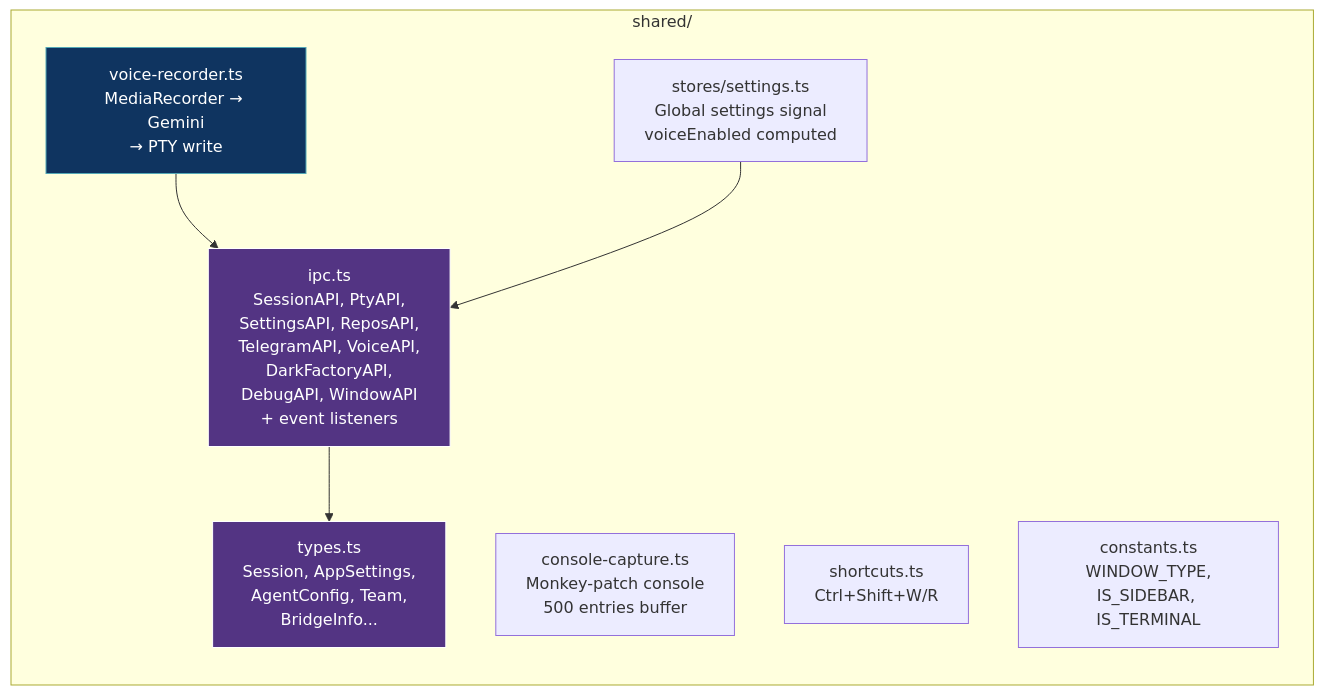
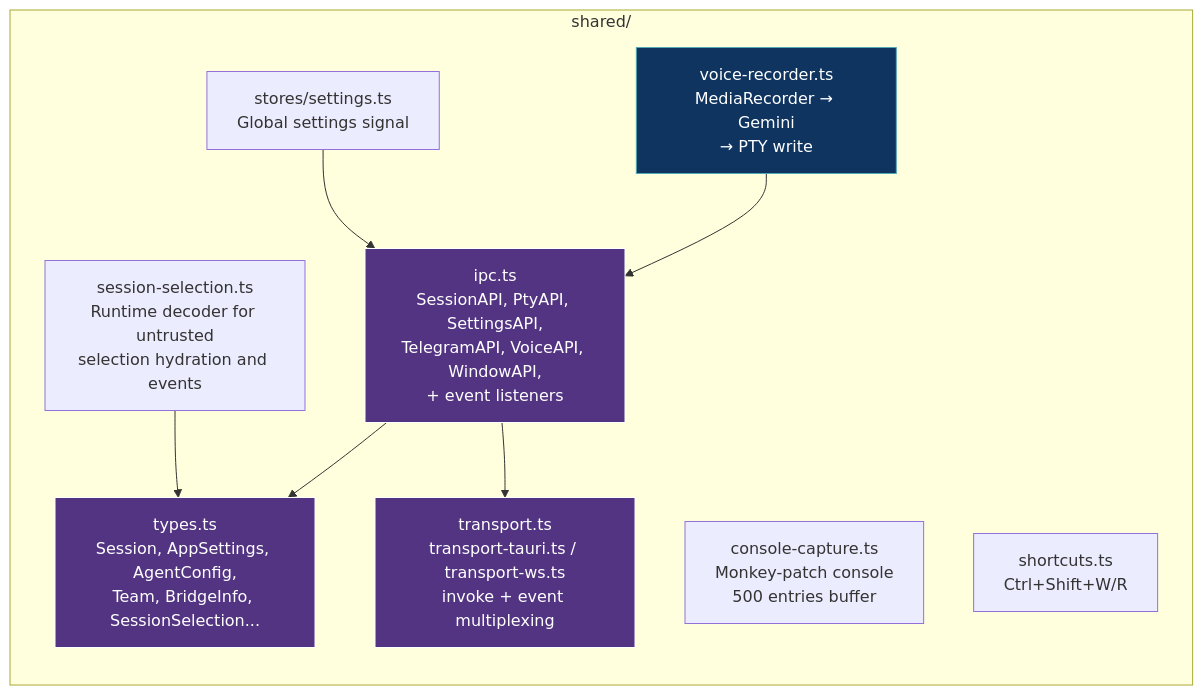
The fifth of 14 diagrams in docs/reference/architecture.md (mblua/AgentsCommander), drawn with Mermaid before and after one commit. The commit also changed other lines of this file, not shown here.

First line of the commit message:
docs(1320): rewrite architecture map against current 0.20.x codebase

````diff
--- a/docs/reference/architecture.md
+++ b/docs/reference/architecture.md
@@ -219,26 +267,31 @@
 ```mermaid
 graph LR
     subgraph "shared/"
-        TYPES["types.ts<br/>Session, AppSettings,<br/>AgentConfig, Team,<br/>BridgeInfo..."]
+        TYPES["types.ts<br/>Session, AppSettings, AgentConfig,<br/>Team, BridgeInfo, SessionSelection..."]
 
-        IPC["ipc.ts<br/>SessionAPI, PtyAPI,<br/>SettingsAPI, ReposAPI,<br/>TelegramAPI, VoiceAPI,<br/>DarkFactoryAPI,<br/>DebugAPI, WindowAPI<br/>+ event listeners"]
+        IPC["ipc.ts<br/>SessionAPI, PtyAPI, SettingsAPI,<br/>TelegramAPI, VoiceAPI, WindowAPI,<br/>+ event listeners"]
+
+        TRANSPORT["transport.ts<br/>transport-tauri.ts / transport-ws.ts<br/>invoke + event multiplexing"]
+
+        SELDEC["session-selection.ts<br/>Runtime decoder for untrusted<br/>selection hydration and events"]
 
         VOICE["voice-recorder.ts<br/>MediaRecorder → Gemini<br/>→ PTY write"]
 
         CONSOLE["console-capture.ts<br/>Monkey-patch console<br/>500 entries buffer"]
 
-        SSTORE["stores/settings.ts<br/>Global settings signal<br/>voiceEnabled computed"]
+        SSTORE["stores/settings.ts<br/>Global settings signal"]
 
         SHORTS["shortcuts.ts<br/>Ctrl+Shift+W/R"]
-
-        CONST["constants.ts<br/>WINDOW_TYPE,<br/>IS_SIDEBAR, IS_TERMINAL"]
     end
 
     IPC --> TYPES
+    IPC --> TRANSPORT
+    SELDEC --> TYPES
     VOICE --> IPC
     SSTORE --> IPC
 
     style TYPES fill:#533483,stroke:#fff,color:#fff
     style IPC fill:#533483,stroke:#fff,color:#fff
+    style TRANSPORT fill:#533483,stroke:#fff,color:#fff
     style VOICE fill:#0f3460,stroke:#53a8b6,color:#fff
 ```
````
